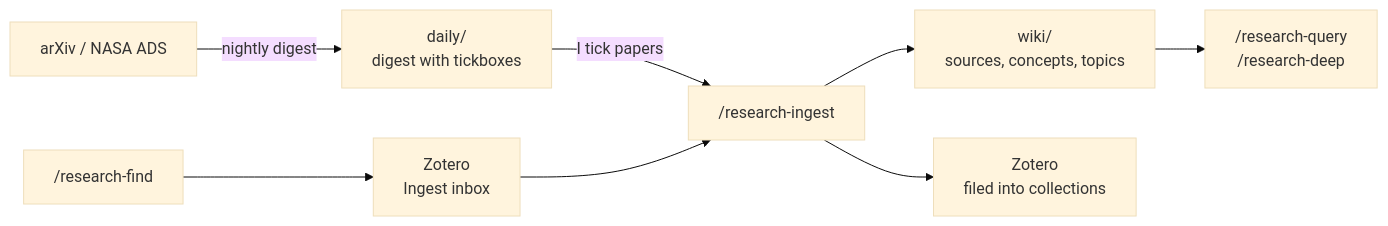
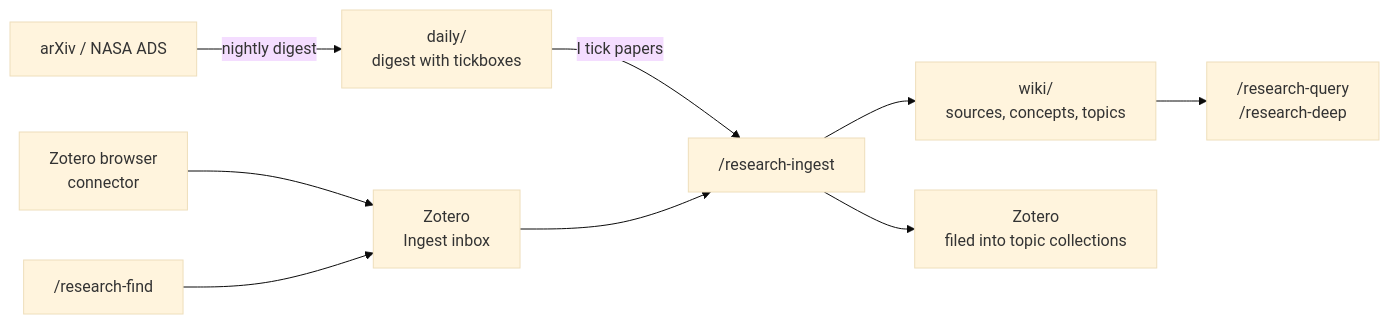
The diagram in docs/claude/research.md (Kiyam/handbook), drawn with Mermaid (base theme) before and after one commit. The commit also changed other lines of this file and 3 other files, not shown here.

````diff
--- a/docs/claude/research.md
+++ b/docs/claude/research.md
@@ -7,10 +7,11 @@
 ```mermaid
 flowchart LR
     arxiv["arXiv / NASA ADS"] -- "nightly digest" --> daily["daily/<br/>digest with tickboxes"]
     daily -- "I tick papers" --> ingest["/research-ingest"]
-    find["/research-find"] --> zotero["Zotero<br/>Ingest inbox"]
-    zotero --> ingest
+    browser["Zotero browser<br/>connector"] --> inbox["Zotero<br/>Ingest inbox"]
+    find["/research-find"] --> inbox
+    inbox --> ingest
     ingest --> wiki["wiki/<br/>sources, concepts, topics"]
-    ingest --> zotero2["Zotero<br/>filed into collections"]
+    ingest --> zotero["Zotero<br/>filed into topic collections"]
     wiki --> query["/research-query<br/>/research-deep"]
 ```
````
